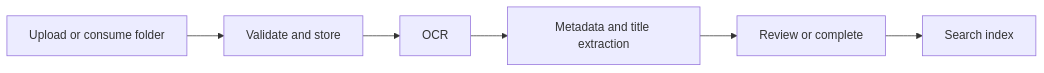
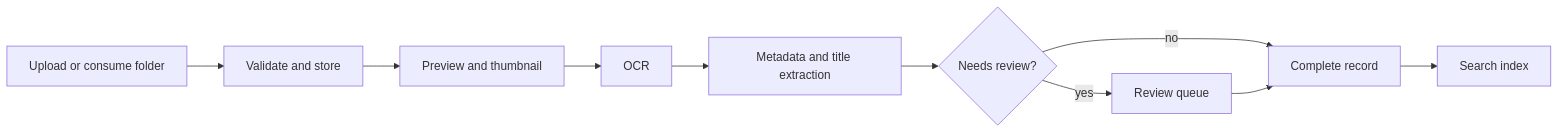
Before and after one commit to DrBearJew/OCR: the first of 2 diagrams in README.md, drawn with Mermaid. The commit also changed other lines of this file, not shown here.

````diff
--- a/README.md
+++ b/README.md
@@ -50,8 +56,12 @@
 ```mermaid
 flowchart LR
-  U[Upload or consume folder] --> V[Validate and store]
-  V --> O[OCR]
-  O --> M[Metadata and title extraction]
-  M --> R[Review or complete]
-  R --> S[Search index]
+  A[Upload or consume folder] --> B[Validate and store]
+  B --> C[Preview and thumbnail]
+  C --> D[OCR]
+  D --> E[Metadata and title extraction]
+  E --> F{Needs review?}
+  F -- yes --> G[Review queue]
+  F -- no --> H[Complete record]
+  G --> H
+  H --> I[Search index]
 ```
````
